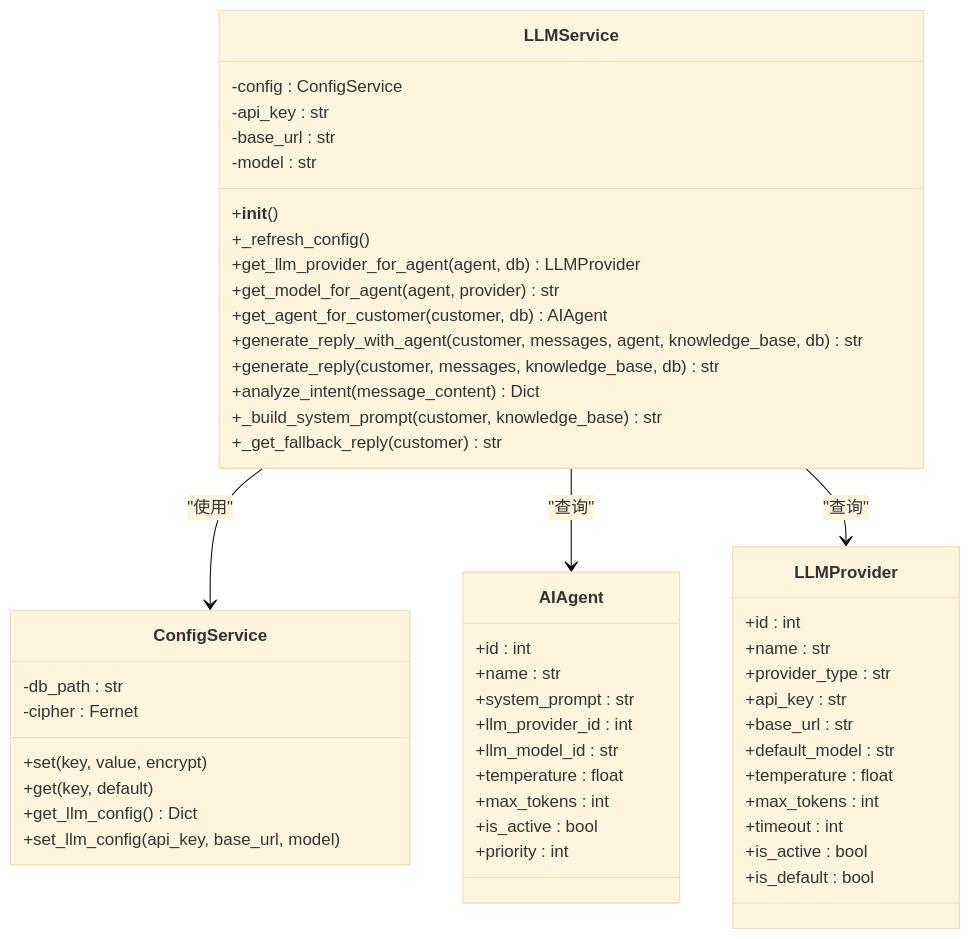
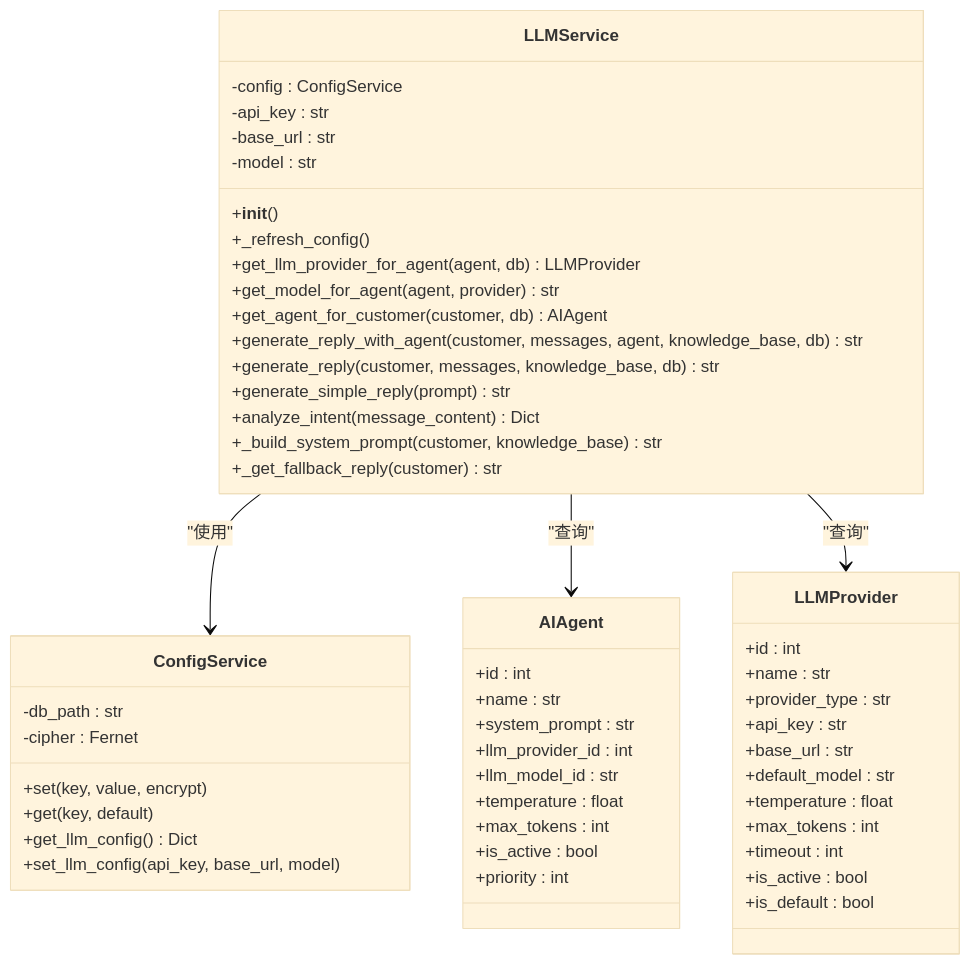
Before and after one commit to 2950730liao-hub/whatsapp-reply: the third of 9 diagrams in .qoder/repowiki/zh/content/核心模块/大语言模型服务模块.md, drawn with Mermaid (base theme). The commit also changed other lines of this file and 15 other files, not shown here.

````diff
--- a/.qoder/repowiki/zh/content/核心模块/大语言模型服务模块.md
+++ b/.qoder/repowiki/zh/content/核心模块/大语言模型服务模块.md
@@ -154,54 +181,55 @@
 ```mermaid
 classDiagram
 class LLMService {
 -config : ConfigService
 -api_key : str
 -base_url : str
 -model : str
 +__init__()
 +_refresh_config()
 +get_llm_provider_for_agent(agent, db) LLMProvider
 +get_model_for_agent(agent, provider) str
 +get_agent_for_customer(customer, db) AIAgent
 +generate_reply_with_agent(customer, messages, agent, knowledge_base, db) str
 +generate_reply(customer, messages, knowledge_base, db) str
++generate_simple_reply(prompt) str
 +analyze_intent(message_content) Dict
 +_build_system_prompt(customer, knowledge_base) str
 +_get_fallback_reply(customer) str
 }
 class ConfigService {
 -db_path : str
 -cipher : Fernet
 +set(key, value, encrypt)
 +get(key, default)
 +get_llm_config() Dict
 +set_llm_config(api_key, base_url, model)
 }
 class AIAgent {
 +id : int
 +name : str
 +system_prompt : str
 +llm_provider_id : int
 +llm_model_id : str
 +temperature : float
 +max_tokens : int
 +is_active : bool
 +priority : int
 }
 class LLMProvider {
 +id : int
 +name : str
 +provider_type : str
 +api_key : str
 +base_url : str
 +default_model : str
 +temperature : float
 +max_tokens : int
 +timeout : int
 +is_active : bool
 +is_default : bool
 }
 LLMService --> ConfigService : "使用"
 LLMService --> AIAgent : "查询"
 LLMService --> LLMProvider : "查询"
 ```
````
